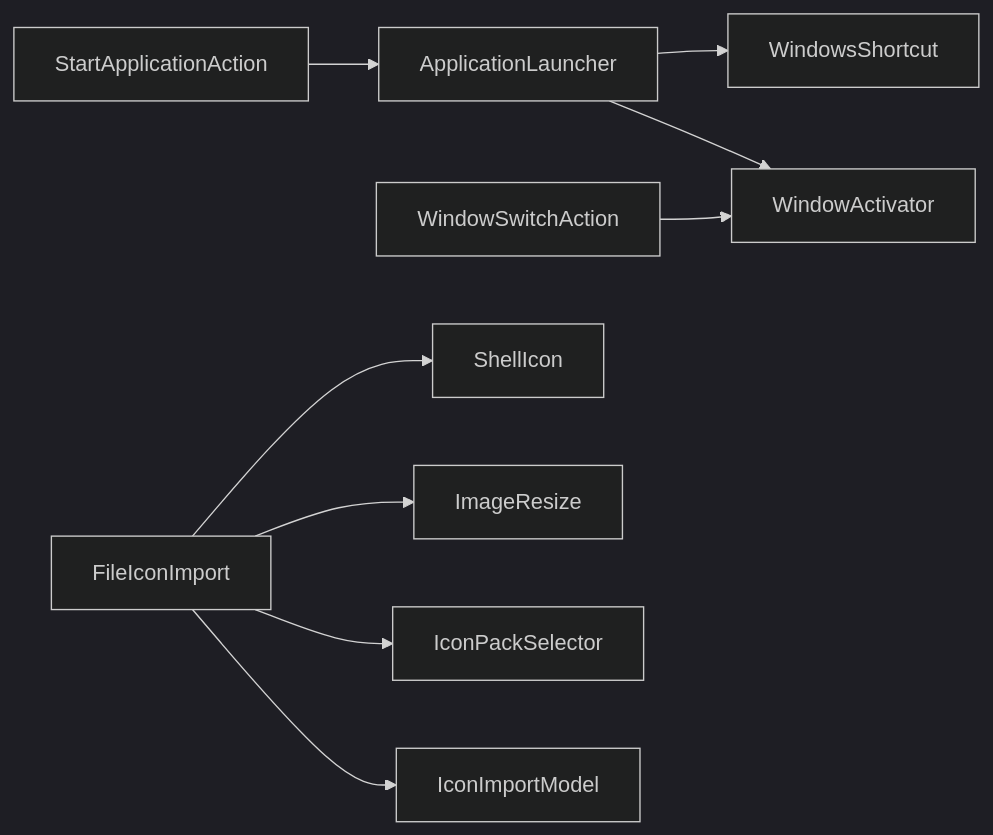
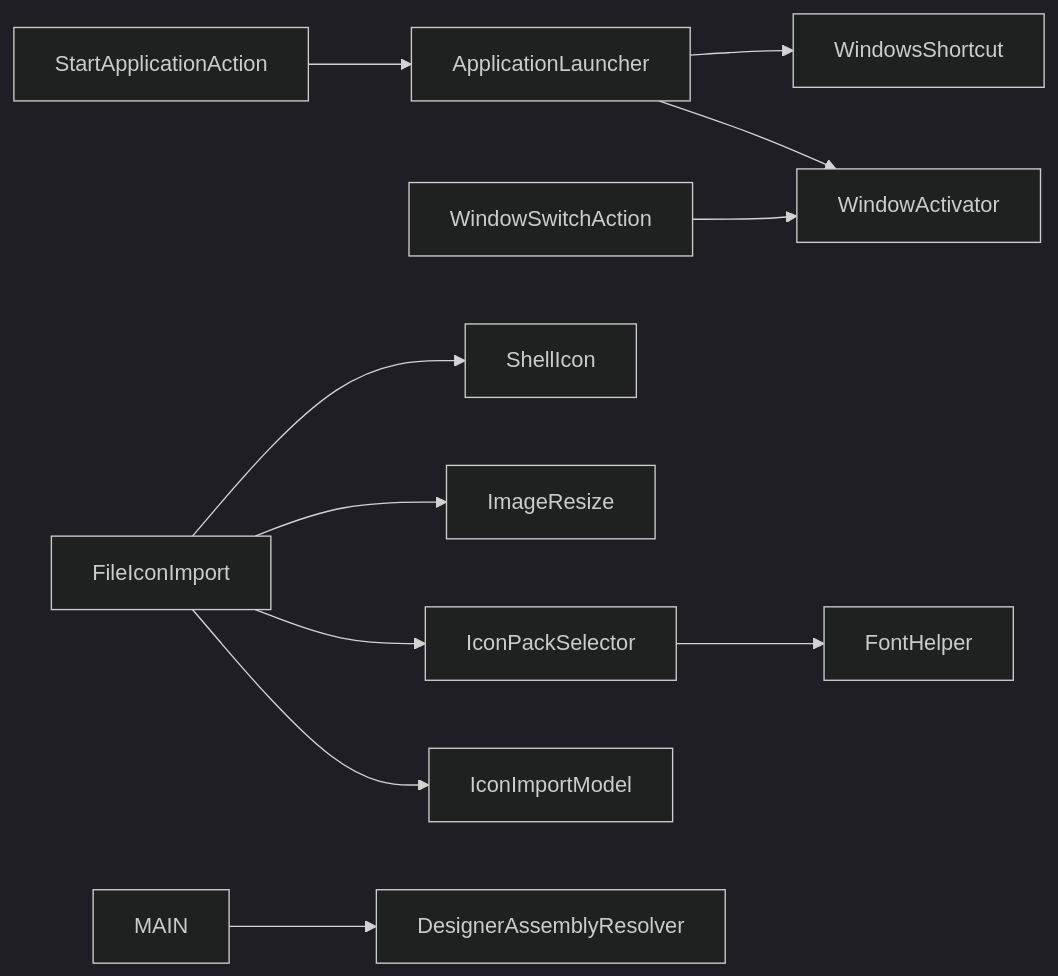
Before and after one commit to tea4go/Macro-Deck-Windows-Utils-Plugin: the seventh of 7 diagrams in .qoder/repowiki/zh/content/开发者指南/工具函数库/工具函数库.md, drawn with Mermaid (dark theme). The commit also changed other lines of this file and 13 other files, not shown here.

````diff
--- a/.qoder/repowiki/zh/content/开发者指南/工具函数库/工具函数库.md
+++ b/.qoder/repowiki/zh/content/开发者指南/工具函数库/工具函数库.md
@@ -337,11 +406,13 @@
 ```mermaid
 graph LR
 SA["StartApplicationAction"] --> AL["ApplicationLauncher"]
 WSA["WindowSwitchAction"] --> WA["WindowActivator"]
 FI["FileIconImport"] --> SI["ShellIcon"]
 FI --> IR["ImageResize"]
 AL --> WS["WindowsShortcut"]
 AL --> WA
 FI --> IPS["IconPackSelector"]
 FI --> IM["IconImportModel"]
+IPS --> FH["FontHelper"]
+MAIN --> DAR["DesignerAssemblyResolver"]
 ```
````
